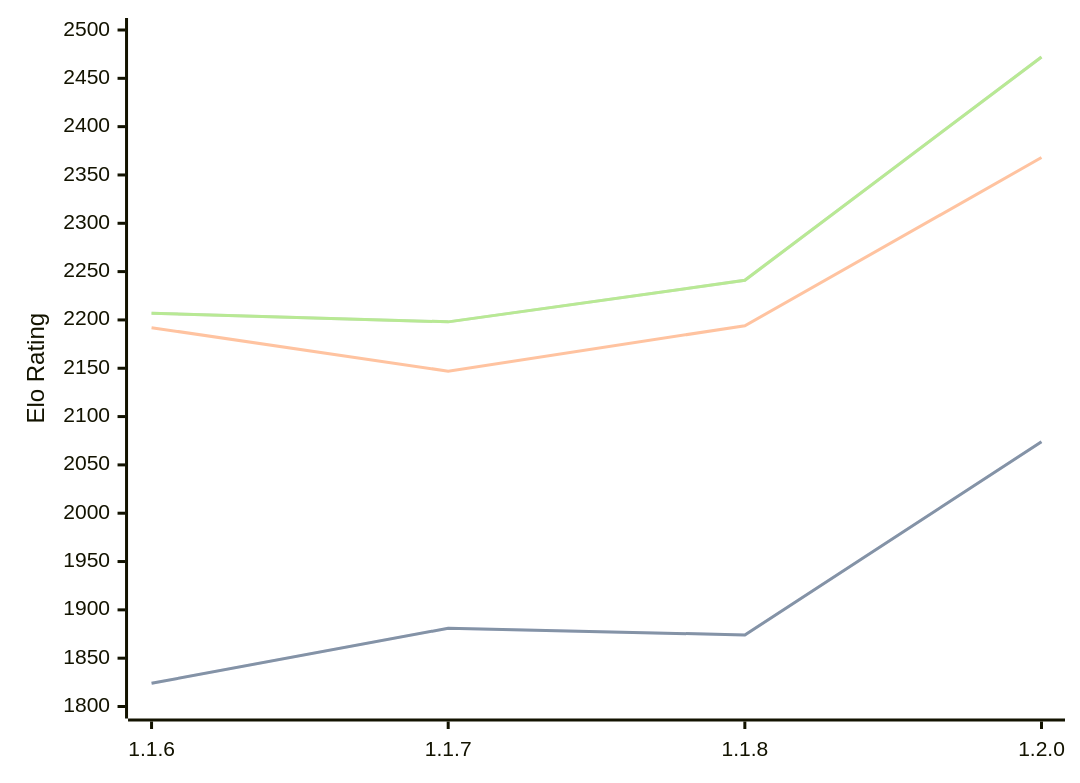
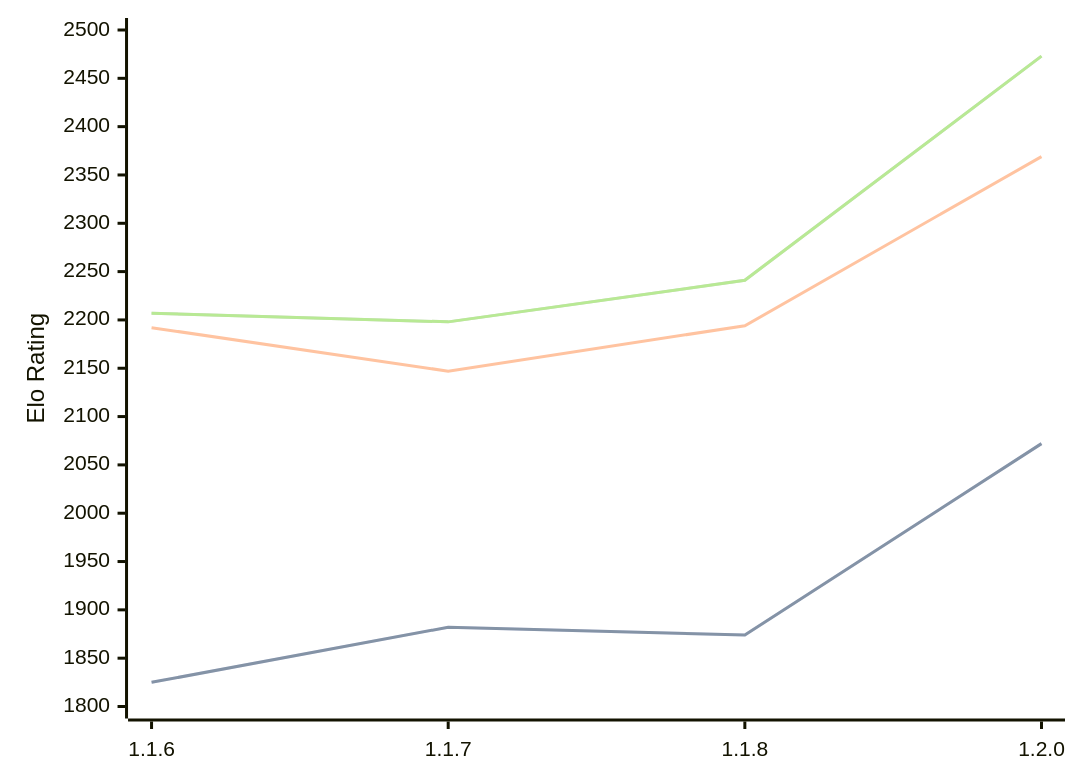
Before and after one commit to computer-chess-index/cci: the diagram in engines/Soomi.md, drawn with Mermaid. The commit also changed other lines of this file, not shown here.

Commit message:
Update CCI Ratings (ELO VLTC) - 2026-02-16

````diff
--- a/engines/Soomi.md
+++ b/engines/Soomi.md
@@ -31,11 +31,11 @@
 ```mermaid
 %%{init: {"theme":"base","themeVariables":{"seriesColors:['#a3a3a3','#222221','#faa371']}}}%%
 xychart-beta
   x-axis ["1.1.6", "1.1.7", "1.1.8", "1.2.0"]
   y-axis "Elo Rating" 1800 --> 2500
-  line "STC (8.0+0.08s)" [1824, 1881, 1874, 2074]
-  line "STC (8.0+0.08s)" [1824, 1881, 1874, 2074]
-  line "LTC (60.0+0.60s)" [2192, 2147, 2194, 2368]
-  line "VLTC (2m24s+1.12s)" [2207, 2198, 2241, 2472]
-  line "VLTC (2m24s+1.12s)" [2207, 2198, 2241, 2472]
+  line "STC (8.0+0.08s)" [1825, 1882, 1874, 2072]
+  line "STC (8.0+0.08s)" [1825, 1882, 1874, 2072]
+  line "LTC (60.0+0.60s)" [2192, 2147, 2194, 2369]
+  line "VLTC (2m24s+1.12s)" [2207, 2198, 2241, 2473]
+  line "VLTC (2m24s+1.12s)" [2207, 2198, 2241, 2473]
 ```
````
